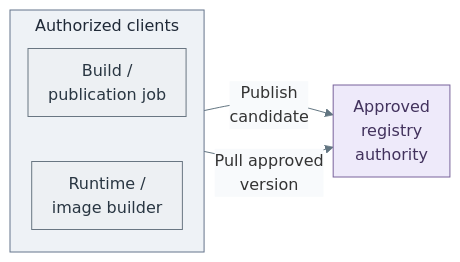
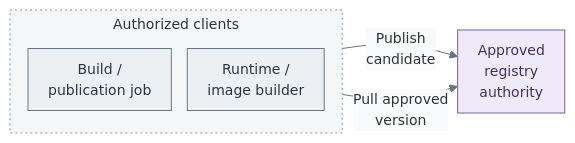
Before and after one commit to Rexus/homelab: the diagram in docs/01-architecture/10-delivery/01-artifact-supply.md, drawn with Mermaid. The commit also changed other lines of this file and 124 other files, not shown here.

First line of the commit message:
fix(platform): align service diagrams and directory failover

````diff
--- a/docs/01-architecture/10-delivery/01-artifact-supply.md
+++ b/docs/01-architecture/10-delivery/01-artifact-supply.md
@@ -15,20 +9,20 @@
 ```mermaid
-%%{init: {"theme":"base","flowchart":{"nodeSpacing":16,"rankSpacing":20,"padding":10,"subGraphTitleMargin":{"top":4,"bottom":12}},"themeVariables":{"lineColor":"#627581","edgeLabelBackground":"#f8fafc"}}}%%
+%%{init: {"theme":"base","flowchart":{"nodeSpacing":16,"rankSpacing":20,"padding":10,"subGraphTitleMargin":{"top":4,"bottom":12}},"themeVariables":{"lineColor":"#627581","edgeLabelBackground":"#f8fafc","fontFamily":"Arial, sans-serif","fontSize":"14px"},"fontFamily":"Arial, sans-serif"}}%%
 flowchart LR
   subgraph Clients["Authorized clients"]
     direction TB
     Source["Build /<br/>publication job"]
     Direct["Runtime /<br/>image builder"]
-    Source ~~~ Direct
   end
   Registry["Approved<br/>registry<br/>authority"]
-  Clients -->|Publish<br/>candidate| Registry
-  Clients -->|Pull approved<br/>version| Registry
+  Source -->|Publish<br/>candidate| Registry
+  Direct -->|Pull approved<br/>version| Registry
   classDef default fill:#f8fafc,stroke:#64748b,color:#1f2937
   classDef boundary fill:#eef2f6,stroke:#64748b,color:#1f2937
   classDef data fill:#eeeafa,stroke:#78639b,color:#42325d
   classDef actor fill:#edf0f3,stroke:#697682,color:#293642
-  class Clients boundary
   class Registry data
   class Source,Direct actor
+  classDef group fill:#f5f6f7,stroke:#89939e,color:#273340,stroke-dasharray:2 3
+  class Clients group
 ```
````
